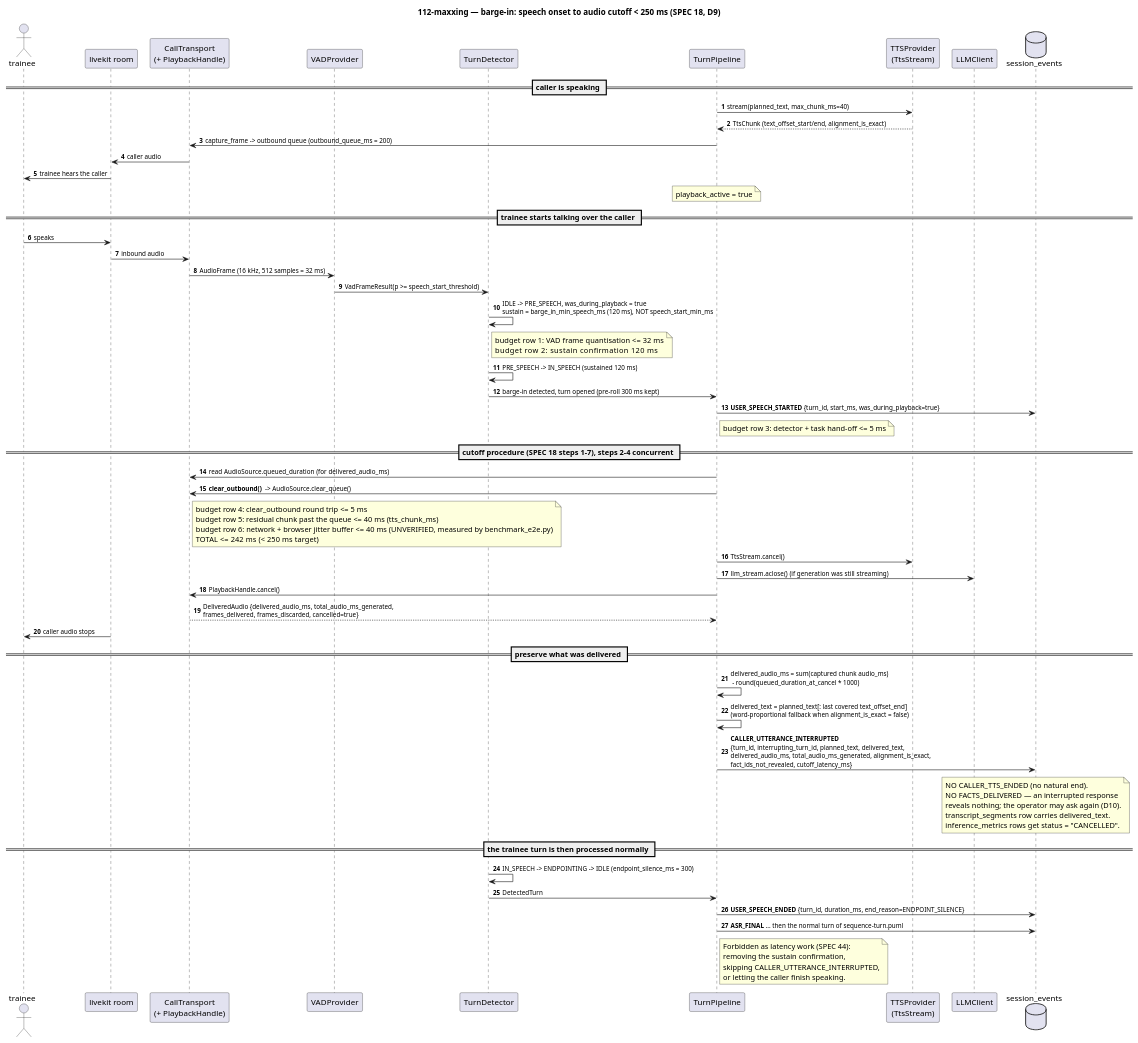
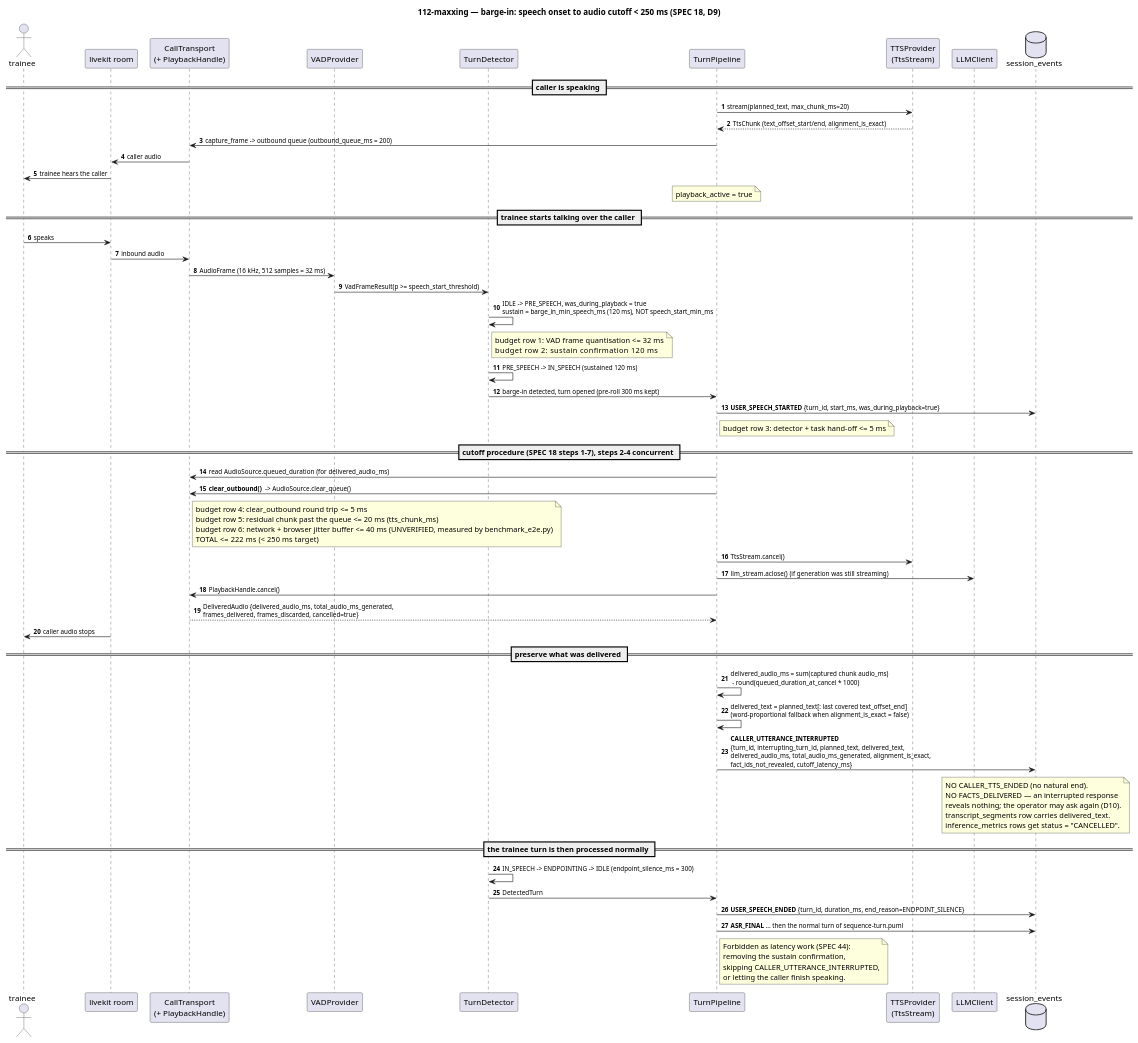
Before and after one commit to Andrchest/112-maxxing: the diagram in docs/hld/puml/sequence-barge-in.puml, drawn with PlantUML. The commit also changed 62 other files, not shown here.

```diff
--- a/docs/hld/puml/sequence-barge-in.puml
+++ b/docs/hld/puml/sequence-barge-in.puml
@@ -1,84 +1,84 @@
 @startuml sequence-barge-in
 title 112-maxxing — barge-in: speech onset to audio cutoff < 250 ms (SPEC 18, D9)
 
 autonumber
 skinparam shadowing false
 skinparam ParticipantPadding 6
 skinparam ArrowFontSize 11
 
 actor "trainee" as T
 participant "livekit room" as LK
 participant "CallTransport\n(+ PlaybackHandle)" as TR
 participant "VADProvider" as VAD
 participant "TurnDetector" as TD
 participant "TurnPipeline" as TP
 participant "TTSProvider\n(TtsStream)" as TTS
 participant "LLMClient" as LLM
 database "session_events" as EV
 
 == caller is speaking ==
-TP -> TTS : stream(planned_text, max_chunk_ms=40)
+TP -> TTS : stream(planned_text, max_chunk_ms=20)
 TTS --> TP : TtsChunk (text_offset_start/end, alignment_is_exact)
 TP -> TR : capture_frame -> outbound queue (outbound_queue_ms = 200)
 TR -> LK : caller audio
 LK -> T : trainee hears the caller
 note over TP : playback_active = true
 
 == trainee starts talking over the caller ==
 T -> LK : speaks
 LK -> TR : inbound audio
 TR -> VAD : AudioFrame (16 kHz, 512 samples = 32 ms)
 VAD -> TD : VadFrameResult(p >= speech_start_threshold)
 
 TD -> TD : IDLE -> PRE_SPEECH, was_during_playback = true\nsustain = barge_in_min_speech_ms (120 ms), NOT speech_start_min_ms
 note right of TD
   budget row 1: VAD frame quantisation  <= 32 ms
   budget row 2: sustain confirmation        120 ms
 end note
 
 TD -> TD : PRE_SPEECH -> IN_SPEECH (sustained 120 ms)
 TD -> TP : barge-in detected, turn opened (pre-roll 300 ms kept)
 TP -> EV : **USER_SPEECH_STARTED** {turn_id, start_ms, was_during_playback=true}
 note right of TP : budget row 3: detector + task hand-off <= 5 ms
 
 == cutoff procedure (SPEC 18 steps 1-7), steps 2-4 concurrent ==
 TP -> TR : read AudioSource.queued_duration  (for delivered_audio_ms)
 TP -> TR : **clear_outbound()**  -> AudioSource.clear_queue()
 note right of TR
   budget row 4: clear_outbound round trip <= 5 ms
-  budget row 5: residual chunk past the queue <= 40 ms (tts_chunk_ms)
+  budget row 5: residual chunk past the queue <= 20 ms (tts_chunk_ms)
   budget row 6: network + browser jitter buffer <= 40 ms (UNVERIFIED, measured by benchmark_e2e.py)
-  TOTAL <= 242 ms  (< 250 ms target)
+  TOTAL <= 222 ms  (< 250 ms target)
 end note
 TP -> TTS : TtsStream.cancel()
 TP -> LLM : llm_stream.aclose()  (if generation was still streaming)
 TP -> TR : PlaybackHandle.cancel()
 TR --> TP : DeliveredAudio {delivered_audio_ms, total_audio_ms_generated,\nframes_delivered, frames_discarded, cancelled=true}
 LK -> T : caller audio stops
 
 == preserve what was delivered ==
 TP -> TP : delivered_audio_ms = sum(captured chunk audio_ms)\n - round(queued_duration_at_cancel * 1000)
 TP -> TP : delivered_text = planned_text[: last covered text_offset_end]\n(word-proportional fallback when alignment_is_exact = false)
 TP -> EV : **CALLER_UTTERANCE_INTERRUPTED**\n{turn_id, interrupting_turn_id, planned_text, delivered_text,\ndelivered_audio_ms, total_audio_ms_generated, alignment_is_exact,\nfact_ids_not_revealed, cutoff_latency_ms}
 
 note over EV
   NO CALLER_TTS_ENDED (no natural end).
   NO FACTS_DELIVERED — an interrupted response
   reveals nothing; the operator may ask again (D10).
   transcript_segments row carries delivered_text.
   inference_metrics rows get status = "CANCELLED".
 end note
 
 == the trainee turn is then processed normally ==
 TD -> TD : IN_SPEECH -> ENDPOINTING -> IDLE (endpoint_silence_ms = 300)
 TD -> TP : DetectedTurn
 TP -> EV : **USER_SPEECH_ENDED** {turn_id, duration_ms, end_reason=ENDPOINT_SILENCE}
 TP -> EV : **ASR_FINAL** ... then the normal turn of sequence-turn.puml
 note right of TP
   Forbidden as latency work (SPEC 44):
   removing the sustain confirmation,
   skipping CALLER_UTTERANCE_INTERRUPTED,
   or letting the caller finish speaking.
 end note
 
 @enduml
```
